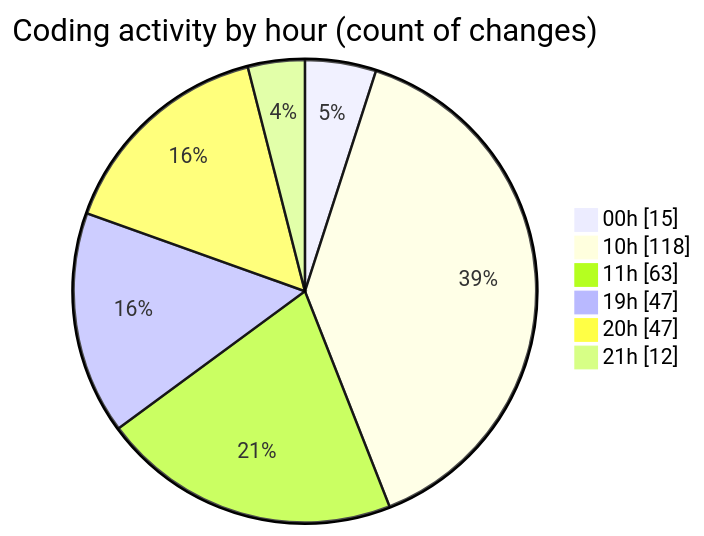
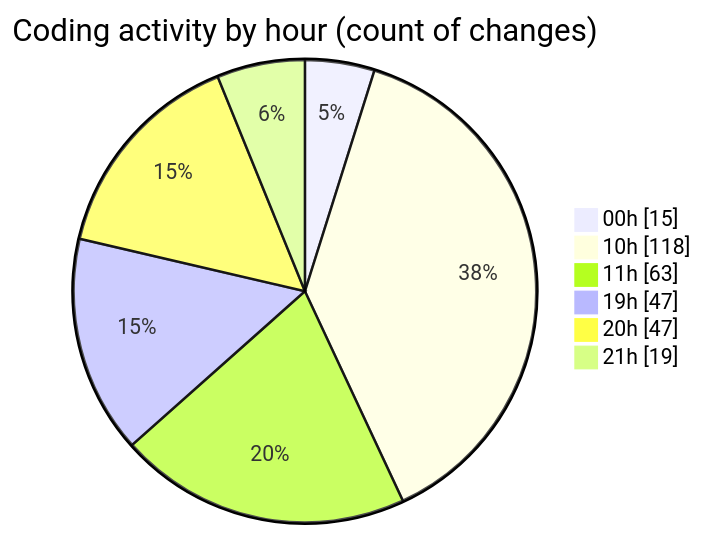
The second of 2 diagrams in 2026-01-11/dsa/README.md (Ritupan-Deka/code-tracking), drawn with Mermaid before and after one commit. The commit also changed other lines of this file and 1 other file, not shown here.

````diff
--- a/2026-01-11/dsa/README.md
+++ b/2026-01-11/dsa/README.md
@@ -29,10 +29,10 @@
 ```mermaid
 pie showData
 title Coding activity by hour (count of changes)
 "00h" : 15
 "10h" : 118
 "11h" : 63
 "19h" : 47
 "20h" : 47
-"21h" : 12
+"21h" : 19
 ```
````
